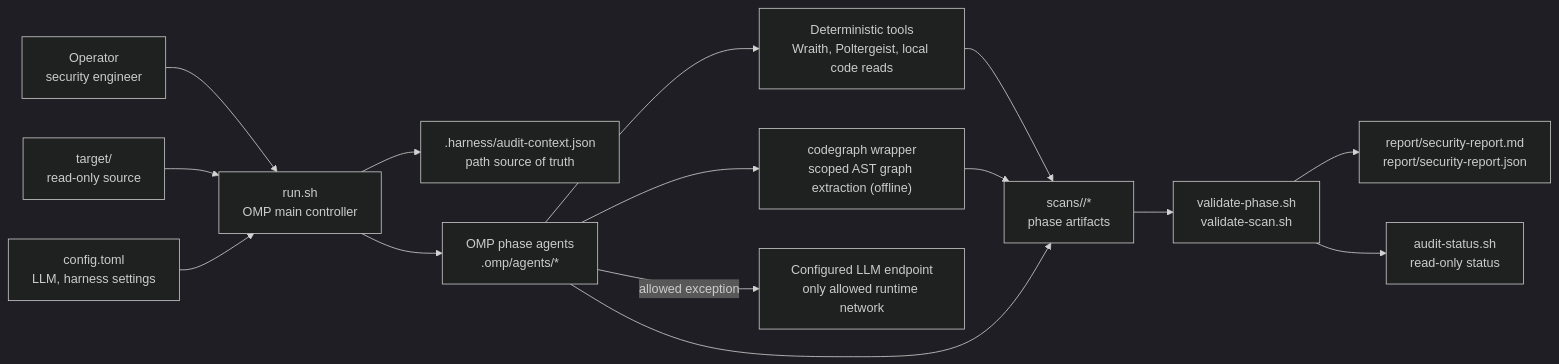
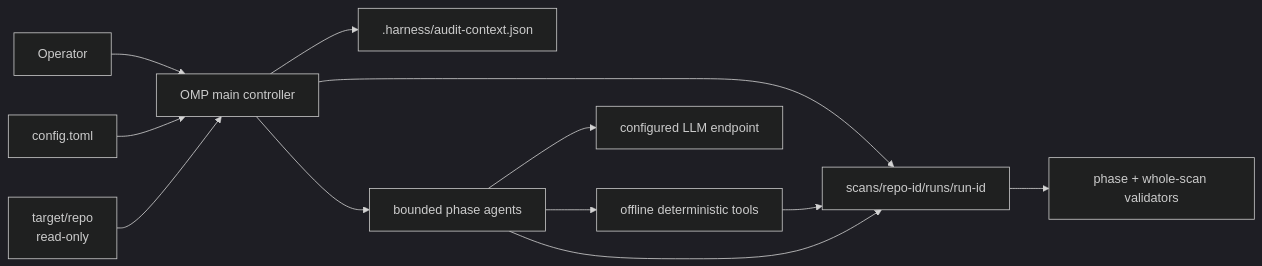
The first of 3 diagrams in ARCHITECTURE.md (xfhg/vulnops), drawn with Mermaid (dark theme) before and after one commit. The commit also changed other lines of this file and 82 other files, not shown here.

````diff
--- a/ARCHITECTURE.md
+++ b/ARCHITECTURE.md
@@ -18,21 +13,14 @@
 ```mermaid
 flowchart LR
-    Operator["Operator\nsecurity engineer"] --> Run["run.sh\nOMP main controller"]
-    Target["target/<repo>\nread-only source"] --> Run
-    Config["config.toml\nLLM, harness settings"] --> Run
-
-    Run --> Context[".harness/audit-context.json\npath source of truth"]
-    Run --> Agents["OMP phase agents\n.omp/agents/*"]
-
-    Agents --> Tools["Deterministic tools\nWraith, Poltergeist, local code reads"]
-    Agents --> Codegraph["codegraph wrapper\nscoped AST graph extraction (offline)"]
-    Agents -->|allowed exception| LLM["Configured LLM endpoint\nonly allowed runtime network"]
-
-    Tools --> Artifacts["scans/<repo-id>/*\nphase artifacts"]
-    Codegraph --> Artifacts
-    Agents --> Artifacts
-
-    Artifacts --> Validators["validate-phase.sh\nvalidate-scan.sh"]
-    Validators --> Report["report/security-report.md\nreport/security-report.json"]
-    Validators --> Status["audit-status.sh\nread-only status"]
+    Operator --> Main["OMP main controller"]
+    Config["config.toml"] --> Main
+    Target["target/repo\nread-only"] --> Main
+    Main --> Context[".harness/audit-context.json"]
+    Main --> Run["scans/repo-id/runs/run-id"]
+    Main --> Agents["bounded phase agents"]
+    Agents --> Tools["offline deterministic tools"]
+    Agents --> LLM["configured LLM endpoint"]
+    Tools --> Run
+    Agents --> Run
+    Run --> Gates["phase + whole-scan validators"]
 ```
````
